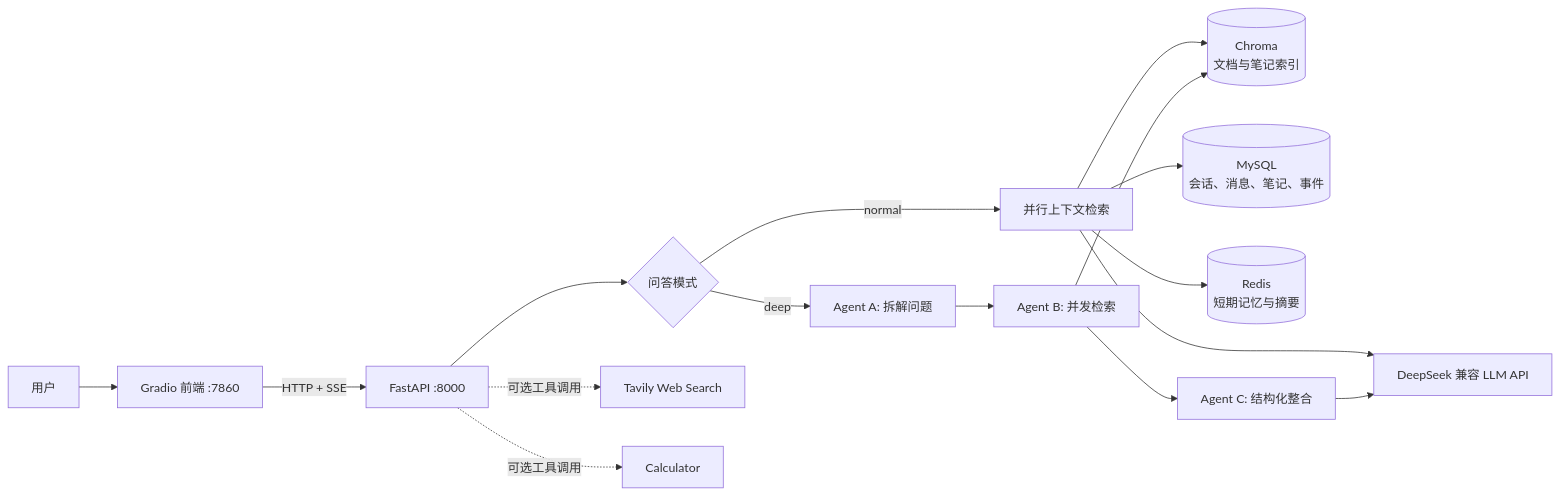
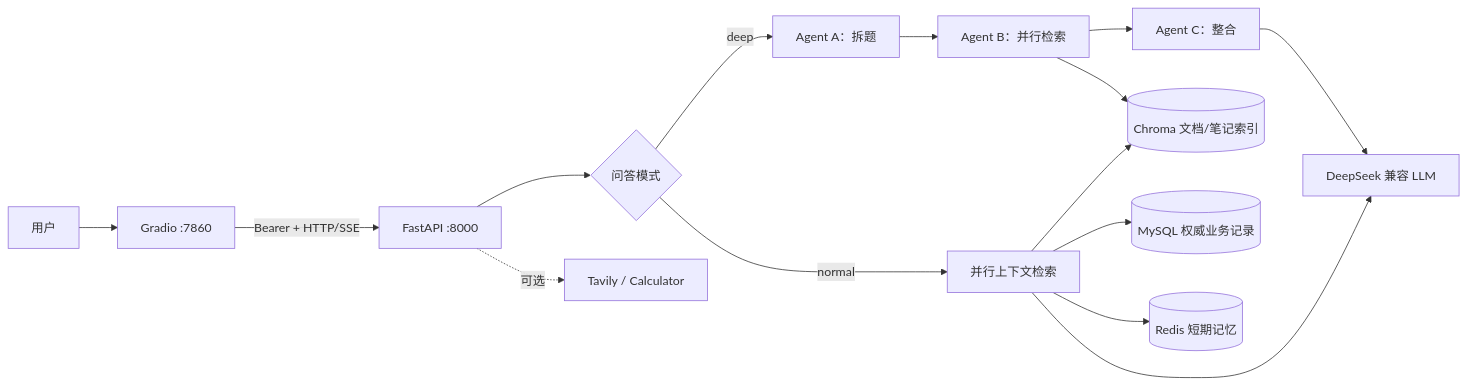
One commit to louwangss/ai-knowledge-qa changed the diagram in README.md. Above: the diagram before and after it, drawn with Mermaid. The commit also changed other lines of this file and 4 other files, not shown here.

````diff
--- a/README.md
+++ b/README.md
@@ -31,22 +18,19 @@
 ```mermaid
 flowchart LR
-    U[用户] --> G[Gradio 前端 :7860]
-    G -->|HTTP + SSE| A[FastAPI :8000]
+    U["用户"] --> G["Gradio :7860"]
+    G -->|"Bearer + HTTP/SSE"| A["FastAPI :8000"]
 
-    A --> C{问答模式}
-    C -->|normal| R[并行上下文检索]
-    C -->|deep| GA[Agent A: 拆解问题]
+    A --> M{"问答模式"}
+    M -->|"normal"| R["并行上下文检索"]
+    M -->|"deep"| D["Agent A：拆题"]
+    D --> E["Agent B：并行检索"]
+    E --> S["Agent C：整合"]
 
-    R --> CH[(Chroma\n文档与笔记索引)]
-    R --> MY[(MySQL\n会话、消息、笔记、事件)]
-    R --> RE[(Redis\n短期记忆与摘要)]
-
-    GA --> GB[Agent B: 并发检索]
-    GB --> CH
-    GB --> GC[Agent C: 结构化整合]
-
-    R --> L[DeepSeek 兼容 LLM API]
-    GC --> L
-    A -. 可选工具调用 .-> T[Tavily Web Search]
-    A -. 可选工具调用 .-> K[Calculator]
+    R --> C[("Chroma 文档/笔记索引")]
+    E --> C
+    R --> MY[("MySQL 权威业务记录")]
+    R --> RE[("Redis 短期记忆")]
+    R --> L["DeepSeek 兼容 LLM"]
+    S --> L
+    A -. "可选" .-> T["Tavily / Calculator"]
 ```
````
